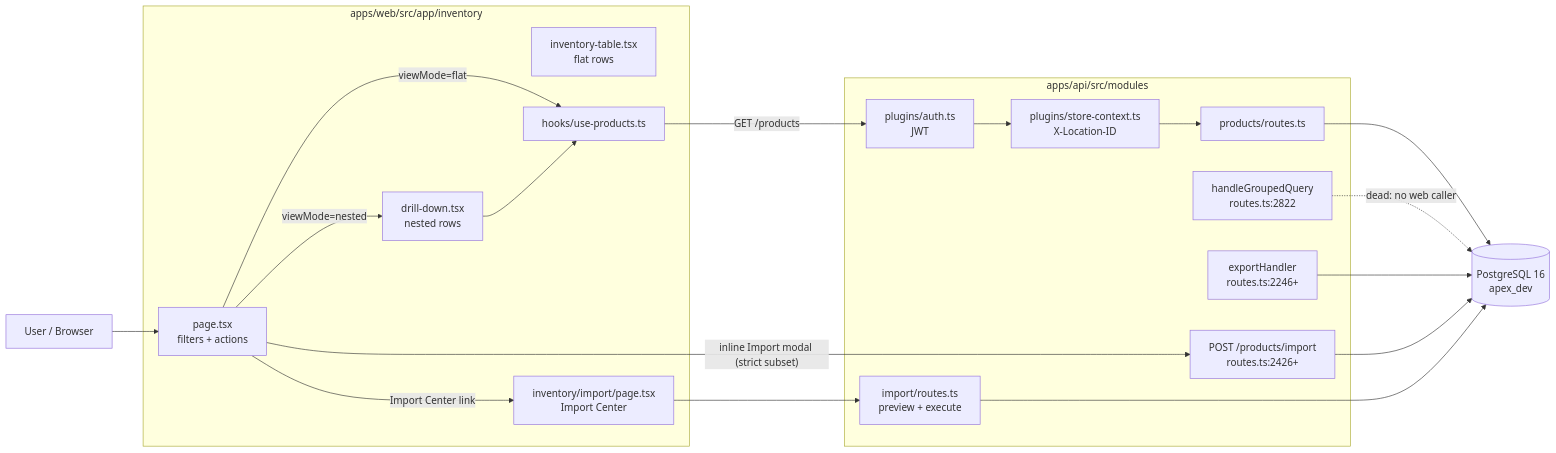
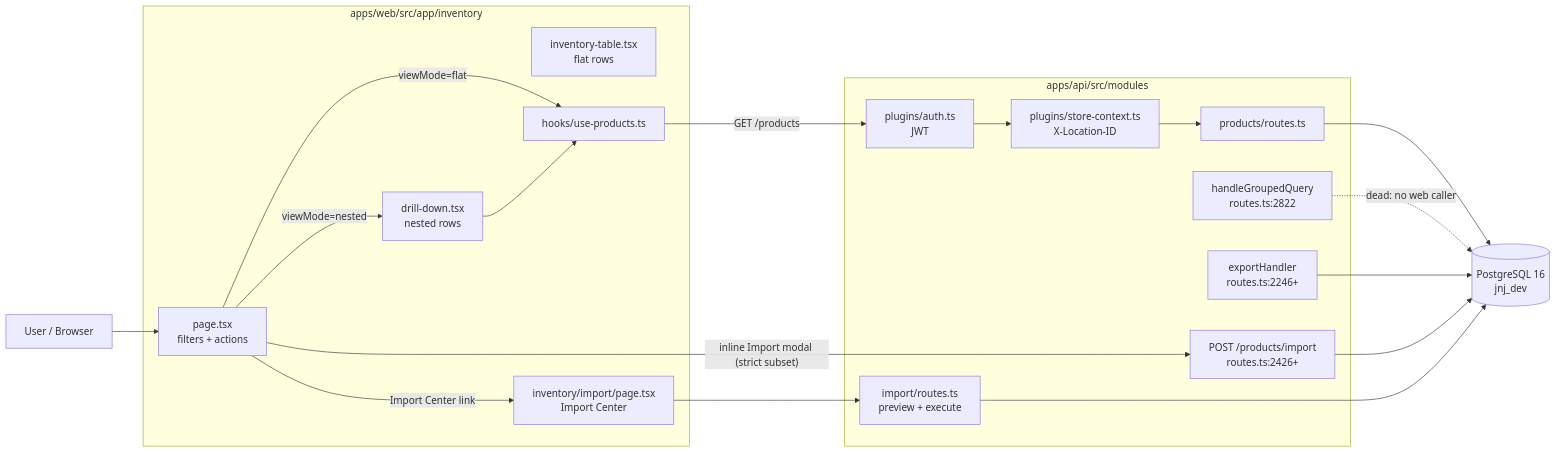
One commit to heinee1203/jnj-pos changed the diagram in docs/audits/item-list-audit-2026-04-16.md. Above: the diagram before and after it, drawn with Mermaid. The commit also changed 347 other files, not shown here.

Commit message:
chore: rebrand Apex POS → JNJ POS across all packages

````diff
--- a/docs/audits/item-list-audit-2026-04-16.md
+++ b/docs/audits/item-list-audit-2026-04-16.md
@@ -40,37 +40,37 @@
 ```mermaid
 flowchart LR
     User[User / Browser]
     subgraph Web [apps/web/src/app/inventory]
         Page[page.tsx<br/>filters + actions]
         Table[inventory-table.tsx<br/>flat rows]
         Drill[drill-down.tsx<br/>nested rows]
         Import[inventory/import/page.tsx<br/>Import Center]
         Hook[hooks/use-products.ts]
     end
     subgraph API [apps/api/src/modules]
         Auth[plugins/auth.ts<br/>JWT]
         Store[plugins/store-context.ts<br/>X-Location-ID]
         Routes[products/routes.ts]
         Grouped[handleGroupedQuery<br/>routes.ts:2822]
         Export[exportHandler<br/>routes.ts:2246+]
         ImportInline[POST /products/import<br/>routes.ts:2426+]
         ImportCenter[import/routes.ts<br/>preview + execute]
     end
-    DB[(PostgreSQL 16<br/>apex_dev)]
+    DB[(PostgreSQL 16<br/>jnj_dev)]
 
     User --> Page
     Page -- "viewMode=flat" --> Hook
     Page -- "viewMode=nested" --> Drill
     Drill --> Hook
     Hook -- "GET /products" --> Auth
     Auth --> Store
     Store --> Routes
     Routes --> DB
     Grouped -. "dead: no web caller" .-> DB
     Export --> DB
     ImportInline --> DB
     ImportCenter --> DB
     Page -- "Import Center link" --> Import
     Import --> ImportCenter
     Page -- "inline Import modal (strict subset)" --> ImportInline
 ```
````
